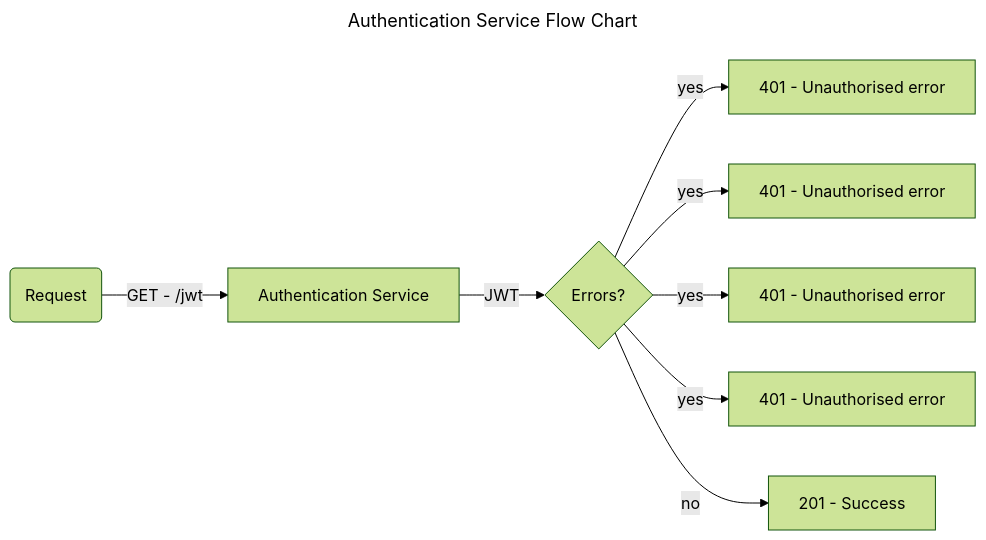
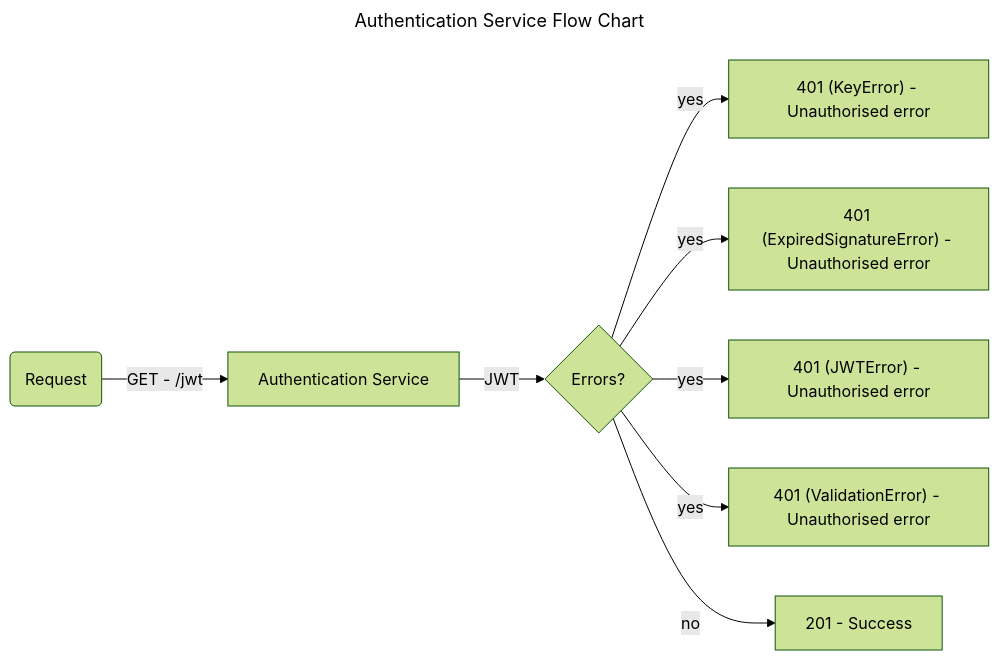
One commit to darrylmorton/ct-iot-authentication-service changed the second of 2 diagrams in docs/DIAGRAMS.md. Above: the diagram before and after it, drawn with Mermaid (forest theme). The commit also changed other lines of this file, not shown here.

Commit message:
updated diagrams

````diff
--- a/docs/DIAGRAMS.md
+++ b/docs/DIAGRAMS.md
@@ -16,14 +16,14 @@
 ```mermaid
 ---
 title: Authentication Service Flow Chart
 ---
 
 flowchart LR
     HttpRequest(Request) -->|GET - /jwt| AuthenticationService[Authentication Service]
     AuthenticationService -->|JWT| Errors{Errors?}
-    Errors -->|yes| KeyError[401 - Unauthorised error]
-    Errors -->|yes| ExpiredSignatureError[401 - Unauthorised error]
-    Errors -->|yes| JWTError[401 - Unauthorised error]
-    Errors -->|yes| ValidationError[401 - Unauthorised error]
+    Errors -->|yes| KeyError["401 (KeyError) - Unauthorised error"]
+    Errors -->|yes| ExpiredSignatureError["401 (ExpiredSignatureError) - Unauthorised error"]
+    Errors -->|yes| JWTError["401 (JWTError) - Unauthorised error"]
+    Errors -->|yes| ValidationError["401 (ValidationError) - Unauthorised error"]
     Errors -->|no| SuccessResponse[201 - Success]
 ```
````
